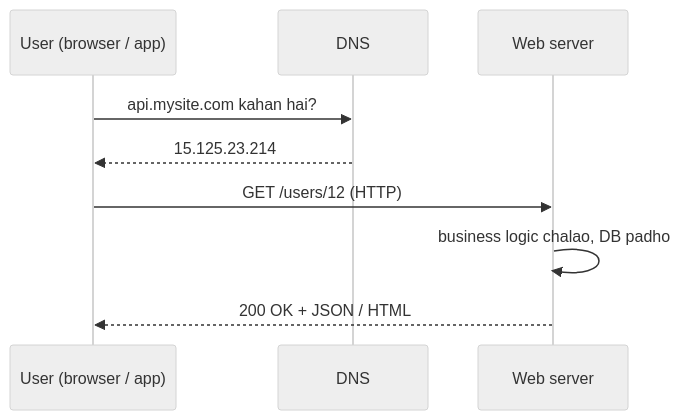
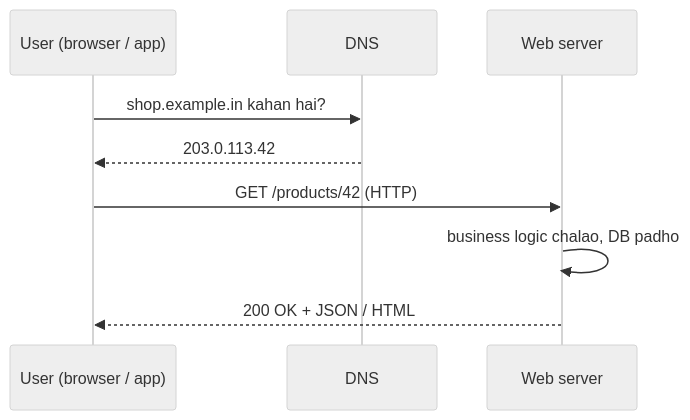
One commit to JayKap-Git/sysdes changed the first of 11 diagrams in docs/foundations/01-scale-from-zero-to-millions.hi.md. Above: the diagram before and after it, drawn with Mermaid (neutral theme). The commit also changed other lines of this file and 8 other files, not shown here.

````diff
--- a/docs/foundations/01-scale-from-zero-to-millions.hi.md
+++ b/docs/foundations/01-scale-from-zero-to-millions.hi.md
@@ -43,11 +43,11 @@
 ```mermaid
 sequenceDiagram
     participant U as User (browser / app)
     participant D as DNS
     participant S as Web server
-    U->>D: api.mysite.com kahan hai?
-    D-->>U: 15.125.23.214
-    U->>S: GET /users/12 (HTTP)
+    U->>D: shop.example.in kahan hai?
+    D-->>U: 203.0.113.42
+    U->>S: GET /products/42 (HTTP)
     S->>S: business logic chalao, DB padho
     S-->>U: 200 OK + JSON / HTML
 ```
````
